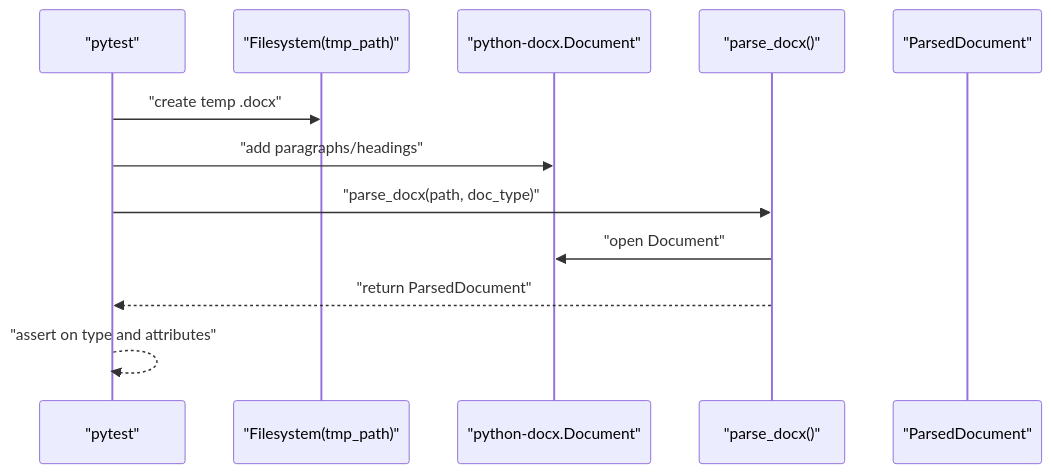
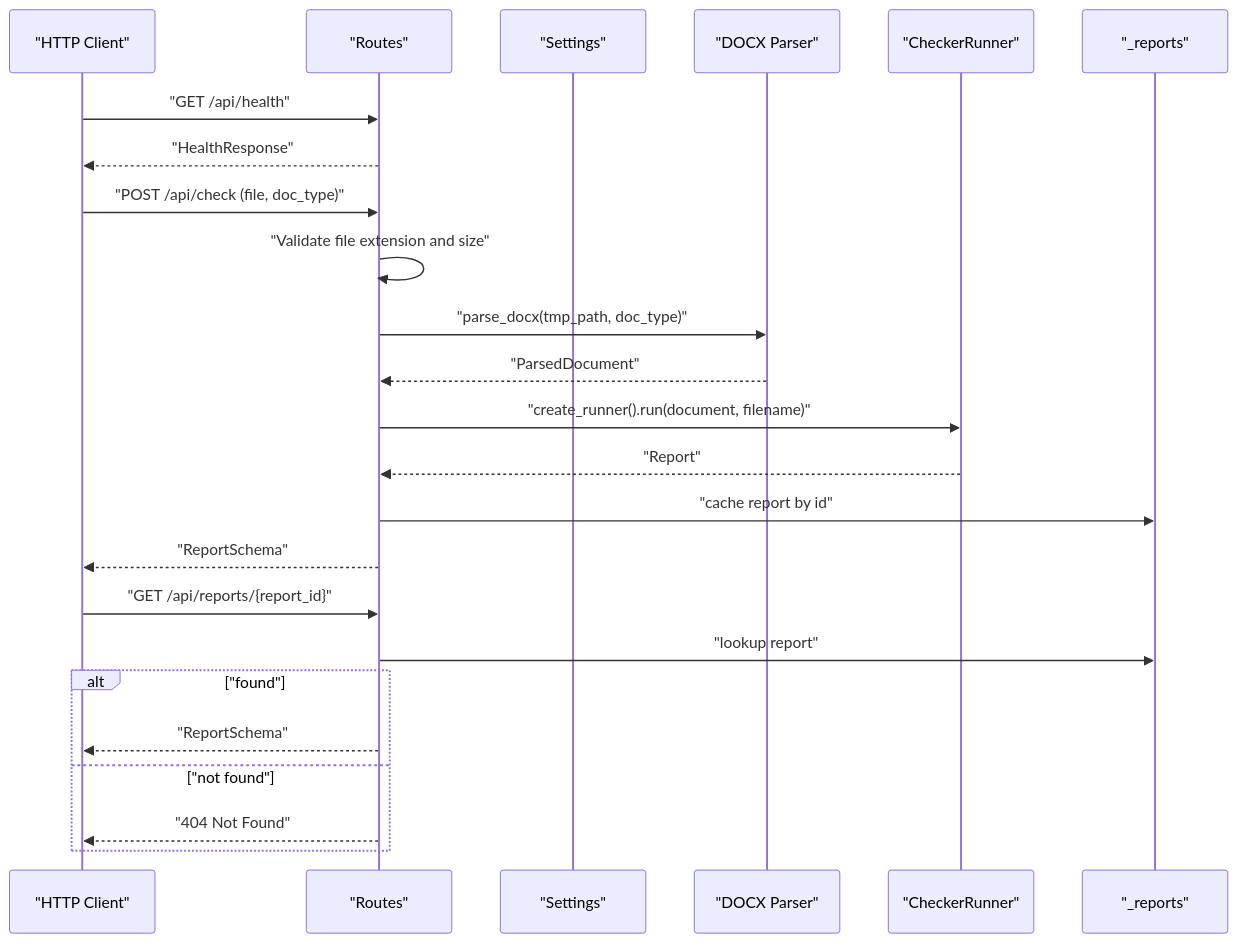
One commit to geekeraman/dissertation-checker changed the fourth of 6 diagrams in .qoder/repowiki/en/content/Testing Strategy.md. Above: the diagram before and after it, drawn with Mermaid. The commit also changed other lines of this file and 88 other files, not shown here.

````diff
--- a/.qoder/repowiki/en/content/Testing Strategy.md
+++ b/.qoder/repowiki/en/content/Testing Strategy.md
@@ -273,14 +352,26 @@
 ```mermaid
 sequenceDiagram
-participant T as "pytest"
-participant FS as "Filesystem(tmp_path)"
-participant DOCX as "python-docx.Document"
-participant P as "parse_docx()"
-participant D as "ParsedDocument"
-T->>FS : "create temp .docx"
-T->>DOCX : "add paragraphs/headings"
-T->>P : "parse_docx(path, doc_type)"
-P->>DOCX : "open Document"
-P-->>T : "return ParsedDocument"
-T-->>T : "assert on type and attributes"
+participant Client as "HTTP Client"
+participant Router as "Routes"
+participant Settings as "Settings"
+participant Parser as "DOCX Parser"
+participant Runner as "CheckerRunner"
+participant Store as "_reports"
+Client->>Router : "GET /api/health"
+Router-->>Client : "HealthResponse"
+Client->>Router : "POST /api/check (file, doc_type)"
+Router->>Router : "Validate file extension and size"
+Router->>Parser : "parse_docx(tmp_path, doc_type)"
+Parser-->>Router : "ParsedDocument"
+Router->>Runner : "create_runner().run(document, filename)"
+Runner-->>Router : "Report"
+Router->>Store : "cache report by id"
+Router-->>Client : "ReportSchema"
+Client->>Router : "GET /api/reports/{report_id}"
+Router->>Store : "lookup report"
+alt "found"
+Router-->>Client : "ReportSchema"
+else "not found"
+Router-->>Client : "404 Not Found"
+end
 ```
````
